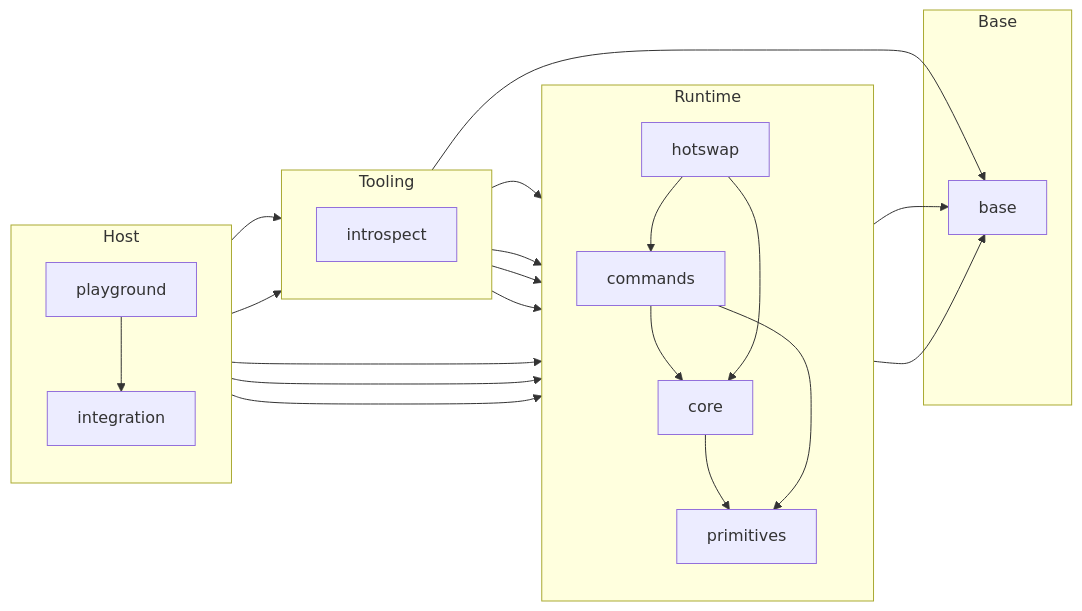
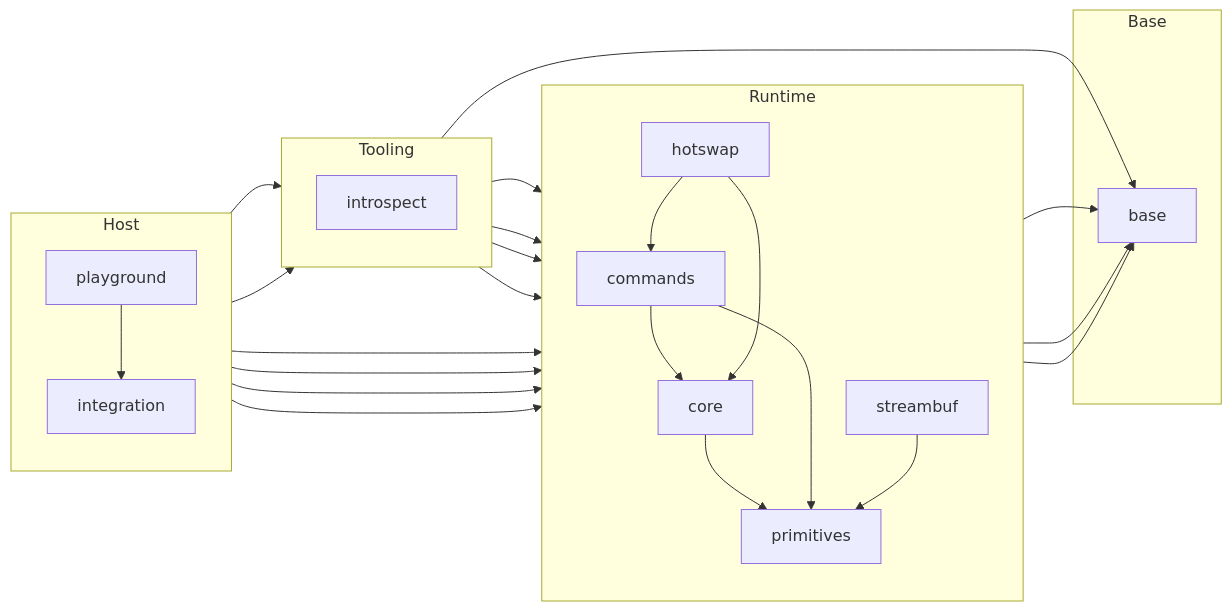
Before and after one commit to maikeleckelboom/seqlok-boundary-substrate-rd: the diagram in packages/README.md, drawn with Mermaid. The commit also changed other lines of this file and 63 other files, not shown here.

````diff
--- a/packages/README.md
+++ b/packages/README.md
@@ -48,48 +52,52 @@
 ```mermaid
 flowchart LR
 %% Layering left → right: Base → Runtime → Tooling → Host
   subgraph Base
     base
   end
 
   subgraph Runtime
     direction TB
     hotswap
     commands
     core
+    streambuf
     primitives
   end
 
   subgraph Tooling
     direction TB
     introspect
   end
 
   subgraph Host
     direction TB
     integration
     playground
   end
 
 %% Runtime
   primitives --> base
   core --> primitives
   core --> base
   commands --> core
   commands --> primitives
+  streambuf --> primitives
+  streambuf --> base
   hotswap --> commands
   hotswap --> core
 %% Host
   integration --> hotswap
   integration --> commands
   integration --> core
+  integration --> streambuf
   integration --> introspect
   playground --> integration
   playground --> introspect
 %% Tooling (observatory above Runtime)
   introspect --> base
   introspect --> primitives
   introspect --> core
   introspect --> commands
   introspect --> hotswap
 ```
````
